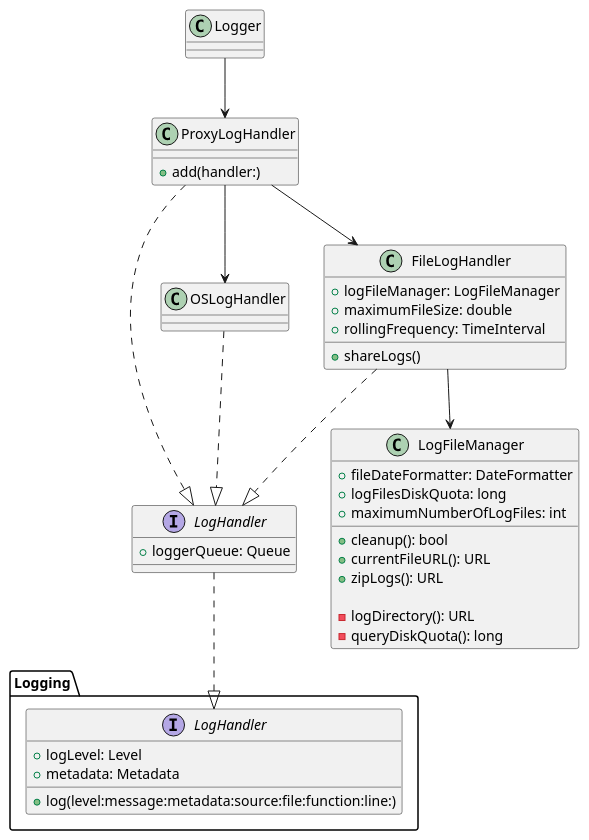
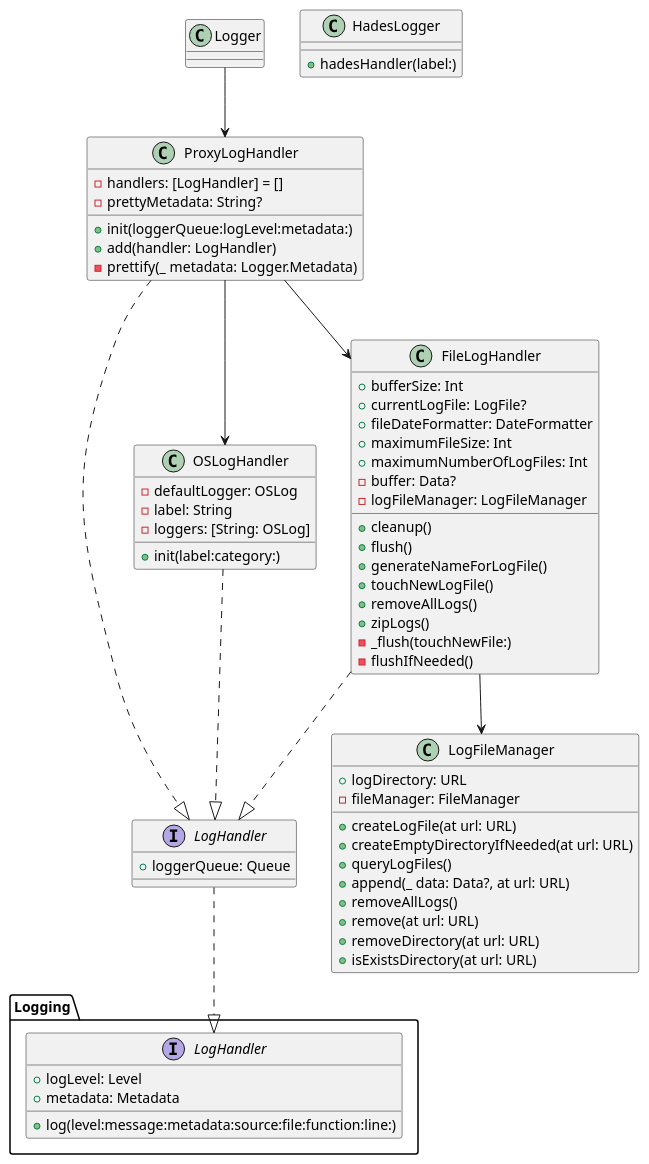
One commit to hugo-h-tang/hades-logger changed the diagram in docs/01.class_diagram.puml. Above: the diagram before and after it, drawn with PlantUML. The commit also changed 5 other files, not shown here.

```diff
--- a/docs/01.class_diagram.puml
+++ b/docs/01.class_diagram.puml
@@ -1,45 +1,71 @@
 @startuml
 interface Logging.LogHandler {
   +logLevel: Level
   +metadata: Metadata
 
   +log(level:message:metadata:source:file:function:line:)
 }
 interface LogHandler {
   +loggerQueue: Queue
 }
 class Logger
+class HadesLogger {
+  + hadesHandler(label:)
+}
 class ProxyLogHandler {
-  +add(handler:)
+  - handlers: [LogHandler] = []
+  - prettyMetadata: String?
+
+  + init(loggerQueue:logLevel:metadata:)
+  + add(handler: LogHandler)
+  - prettify(_ metadata: Logger.Metadata)
 }
-class OSLogHandler
+class OSLogHandler {
+  - defaultLogger: OSLog
+  - label: String
+  - loggers: [String: OSLog]
+
+  + init(label:category:)
+}
 class FileLogHandler {
-  +logFileManager: LogFileManager 
-  +maximumFileSize: double
-  +rollingFrequency: TimeInterval
-  
-  +shareLogs()
+  + bufferSize: Int
+  + currentLogFile: LogFile?
+  + fileDateFormatter: DateFormatter
+  + maximumFileSize: Int
+  + maximumNumberOfLogFiles: Int
+  - buffer: Data?
+  - logFileManager: LogFileManager
+
+  + cleanup()
+  + flush()
+  + generateNameForLogFile()
+  + touchNewLogFile()
+  + removeAllLogs()
+  + zipLogs()
+  - _flush(touchNewFile:)
+  - flushIfNeeded()
 }
 class LogFileManager {
-  +fileDateFormatter: DateFormatter
-  +logFilesDiskQuota: long
-  +maximumNumberOfLogFiles: int
+  + logDirectory: URL
+  - fileManager: FileManager
 
-  +cleanup(): bool
-  +currentFileURL(): URL
-  +zipLogs(): URL
-
-  -logDirectory(): URL
-  -queryDiskQuota(): long
+  + createLogFile(at url: URL)
+  + createEmptyDirectoryIfNeeded(at url: URL)
+  + queryLogFiles()
+  + append(_ data: Data?, at url: URL)
+  + removeAllLogs()
+  + remove(at url: URL)
+  + removeDirectory(at url: URL)
+  + isExistsDirectory(at url: URL)
 }
 
 LogHandler ..|> Logging.LogHandler
 Logger --> ProxyLogHandler
 ProxyLogHandler ..|> LogHandler
 OSLogHandler ..|> LogHandler
 FileLogHandler ..|> LogHandler
 FileLogHandler --> LogFileManager
 ProxyLogHandler --> OSLogHandler
 ProxyLogHandler -->  FileLogHandler
 
 @enduml
```
